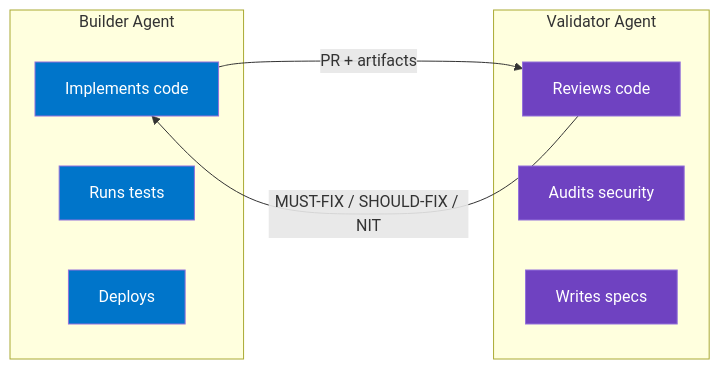
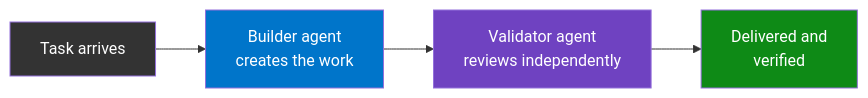
The first of 3 diagrams in README.md (suniljames/directives), drawn with Mermaid before and after one commit. The commit also changed other lines of this file and 18 other files, not shown here.

````diff
--- a/README.md
+++ b/README.md
@@ -13,24 +7,11 @@
 ```mermaid
 graph LR
-    subgraph "Builder Agent"
-        B1[Implements code]
-        B2[Runs tests]
-        B3[Deploys]
-    end
+    A["Task arrives"] --> B["Builder agent<br/>creates the work"]
+    B --> C["Validator agent<br/>reviews independently"]
+    C --> D["Delivered and<br/>verified"]
 
-    subgraph "Validator Agent"
-        V1[Reviews code]
-        V2[Audits security]
-        V3[Writes specs]
-    end
-
-    B1 -->|"PR + artifacts"| V1
-    V1 -->|"MUST-FIX / SHOULD-FIX / NIT"| B1
-
-    style B1 fill:#0075ca,color:#fff
-    style B2 fill:#0075ca,color:#fff
-    style B3 fill:#0075ca,color:#fff
-    style V1 fill:#6f42c1,color:#fff
-    style V2 fill:#6f42c1,color:#fff
-    style V3 fill:#6f42c1,color:#fff
+    style A fill:#333,color:#fff
+    style B fill:#0075ca,color:#fff
+    style C fill:#6f42c1,color:#fff
+    style D fill:#0e8a16,color:#fff
 ```
````
